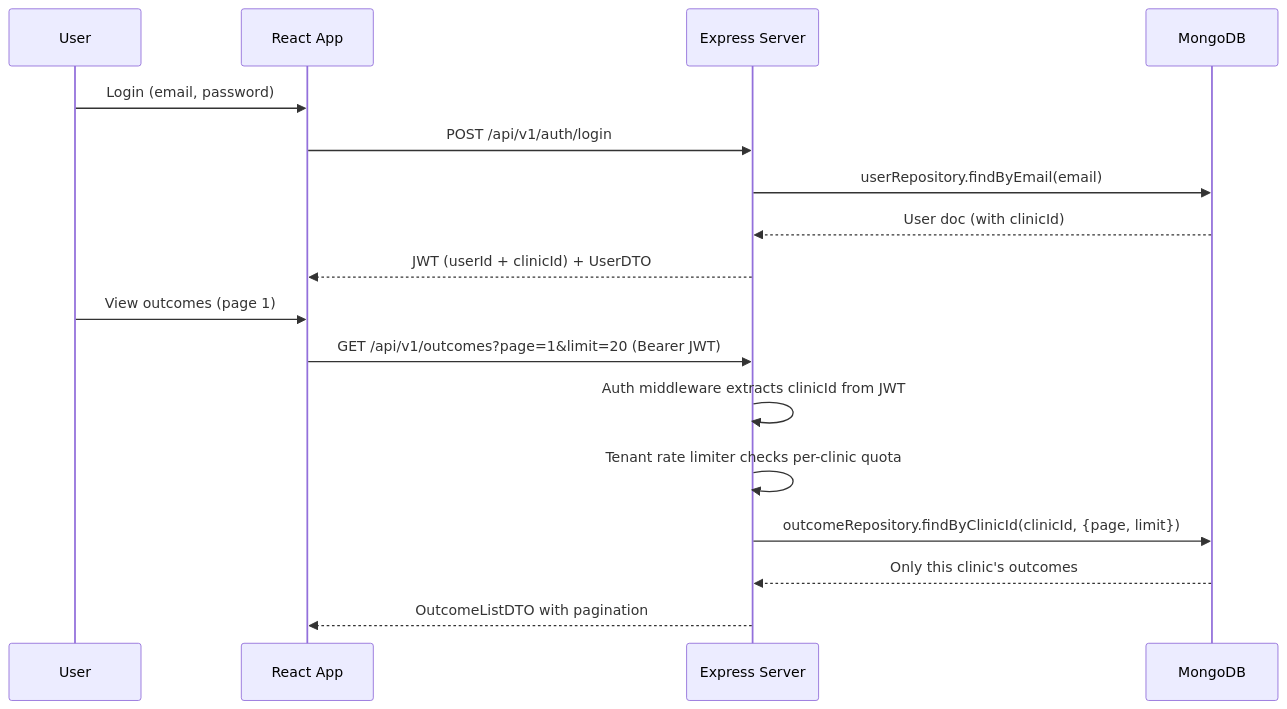
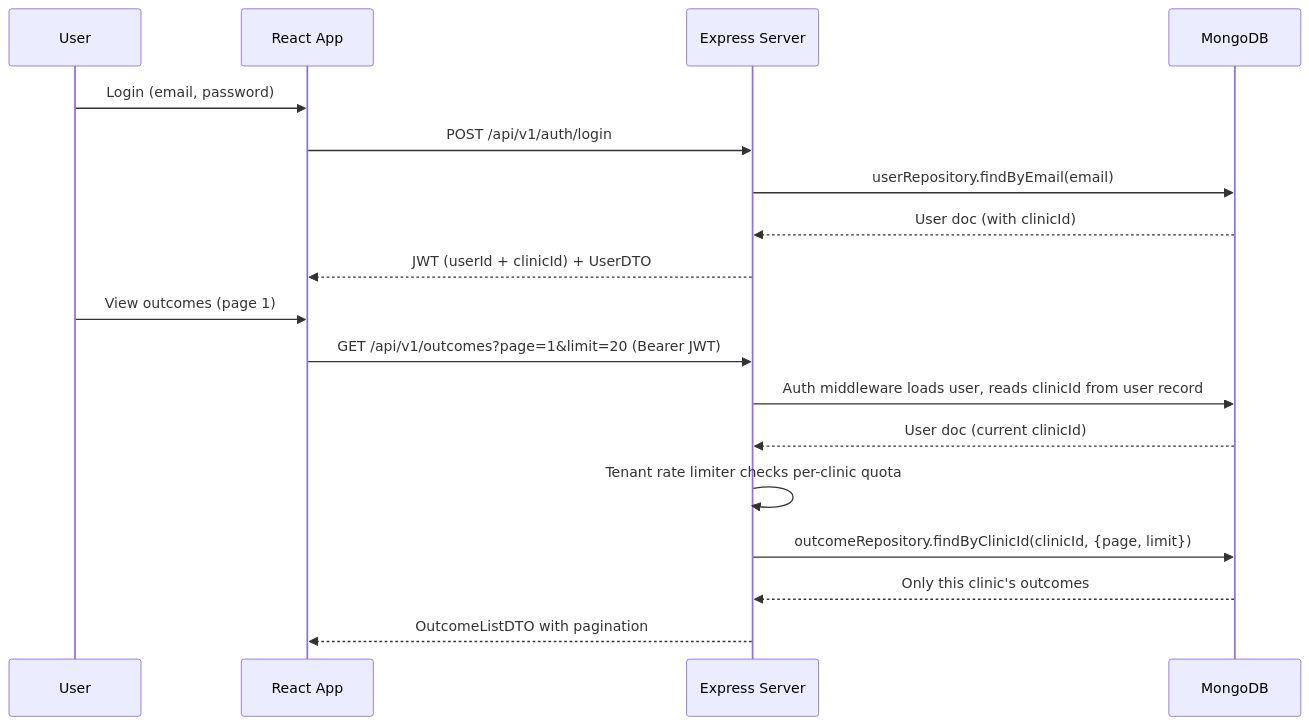
One commit to talha-hashmi141/we_healthify changed the second of 3 diagrams in README.md. Above: the diagram before and after it, drawn with Mermaid. The commit also changed other lines of this file and 19 other files, not shown here.

````diff
--- a/README.md
+++ b/README.md
@@ -152,21 +152,22 @@
 ```mermaid
 sequenceDiagram
   participant User
   participant React as React App
   participant API as Express Server
   participant DB as MongoDB
 
   User->>React: Login (email, password)
   React->>API: POST /api/v1/auth/login
   API->>DB: userRepository.findByEmail(email)
   DB-->>API: User doc (with clinicId)
   API-->>React: JWT (userId + clinicId) + UserDTO
 
   User->>React: View outcomes (page 1)
   React->>API: GET /api/v1/outcomes?page=1&limit=20 (Bearer JWT)
-  API->>API: Auth middleware extracts clinicId from JWT
+  API->>DB: Auth middleware loads user, reads clinicId from user record
+  DB-->>API: User doc (current clinicId)
   API->>API: Tenant rate limiter checks per-clinic quota
   API->>DB: outcomeRepository.findByClinicId(clinicId, {page, limit})
   DB-->>API: Only this clinic's outcomes
   API-->>React: OutcomeListDTO with pagination
 ```
````
